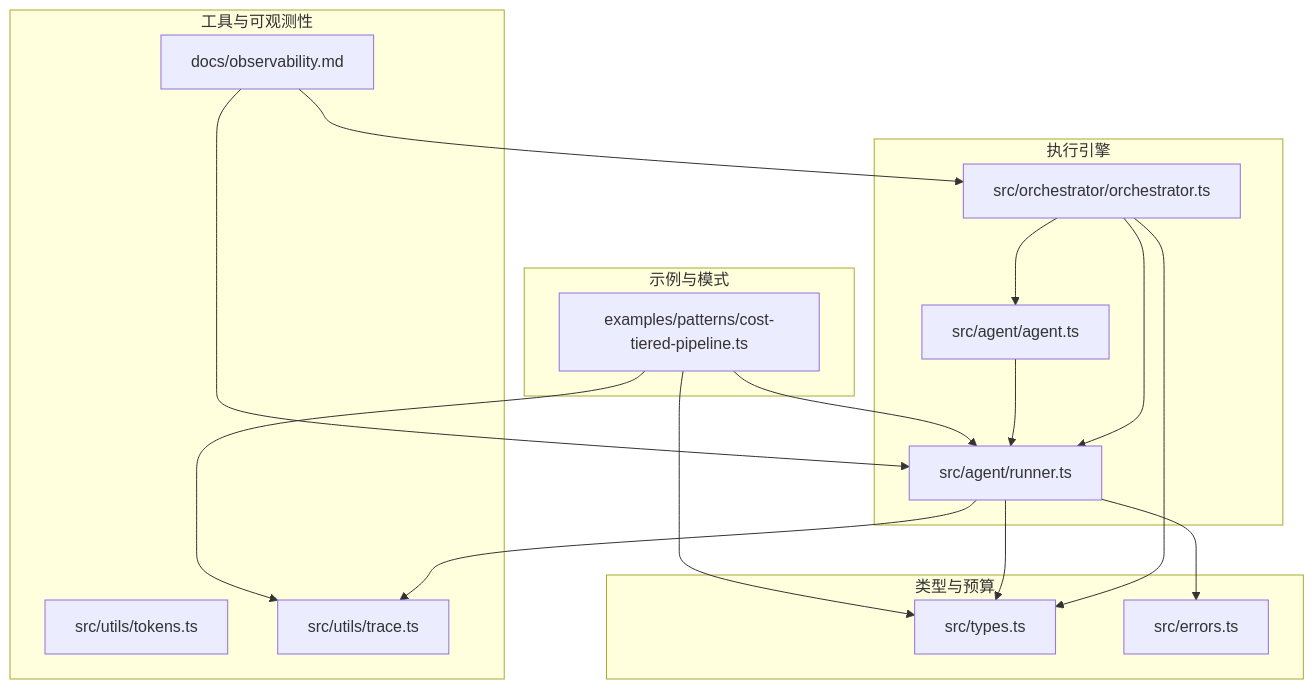
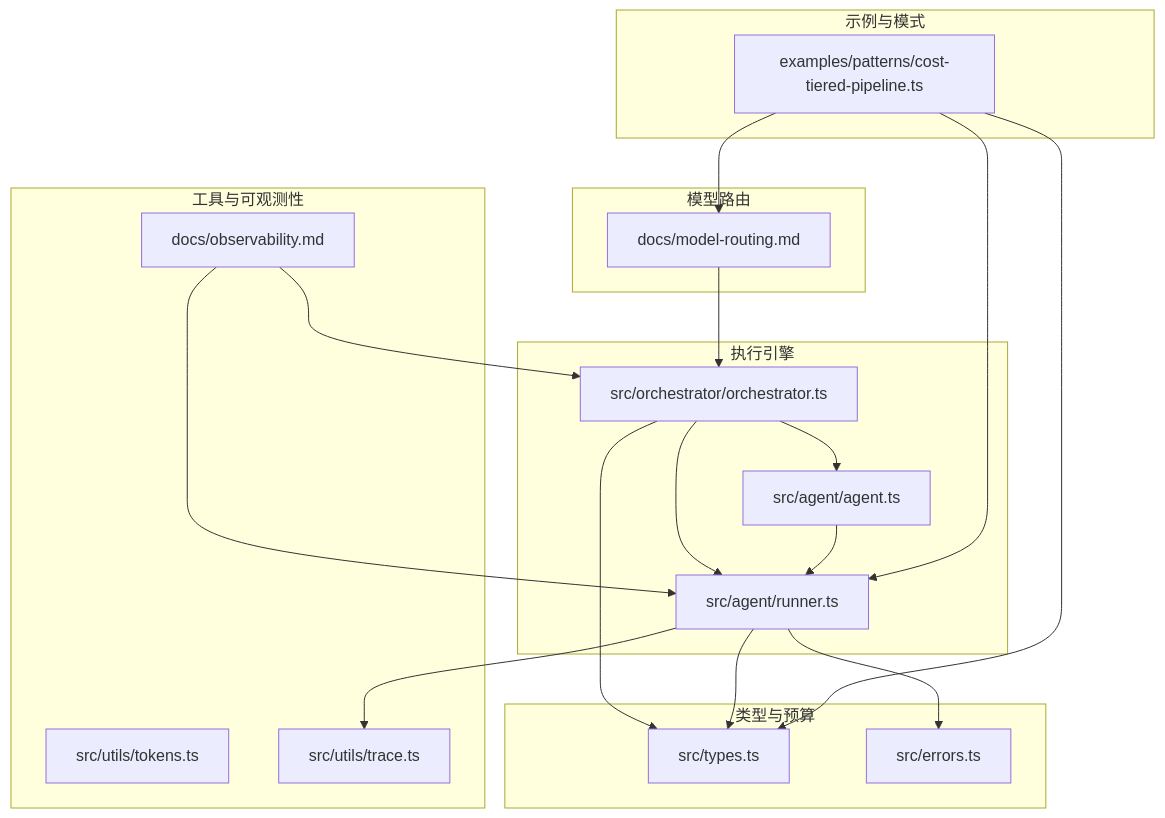
One commit to haolange/open-multi-agent changed the first of 8 diagrams in .qoder/repowiki/zh/content/模式与最佳实践/成本优化策略.md. Above: the diagram before and after it, drawn with Mermaid. The commit also changed other lines of this file and 7 other files, not shown here.

````diff
--- a/.qoder/repowiki/zh/content/模式与最佳实践/成本优化策略.md
+++ b/.qoder/repowiki/zh/content/模式与最佳实践/成本优化策略.md
@@ -40,32 +44,36 @@
 ```mermaid
 graph TB
 subgraph "示例与模式"
 E1["examples/patterns/cost-tiered-pipeline.ts"]
+end
+subgraph "模型路由"
+MR["docs/model-routing.md"]
 end
 subgraph "工具与可观测性"
 U1["src/utils/tokens.ts"]
 U2["src/utils/trace.ts"]
 D1["docs/observability.md"]
 end
 subgraph "类型与预算"
 T1["src/types.ts"]
 E2["src/errors.ts"]
 end
 subgraph "执行引擎"
 A1["src/agent/agent.ts"]
 R1["src/agent/runner.ts"]
 O1["src/orchestrator/orchestrator.ts"]
 end
 E1 --> R1
 E1 --> T1
-E1 --> U2
+E1 --> MR
+MR --> O1
 R1 --> T1
 R1 --> U2
 R1 --> E2
 A1 --> R1
 O1 --> A1
 O1 --> R1
 O1 --> T1
 D1 --> O1
 D1 --> R1
 ```
````
